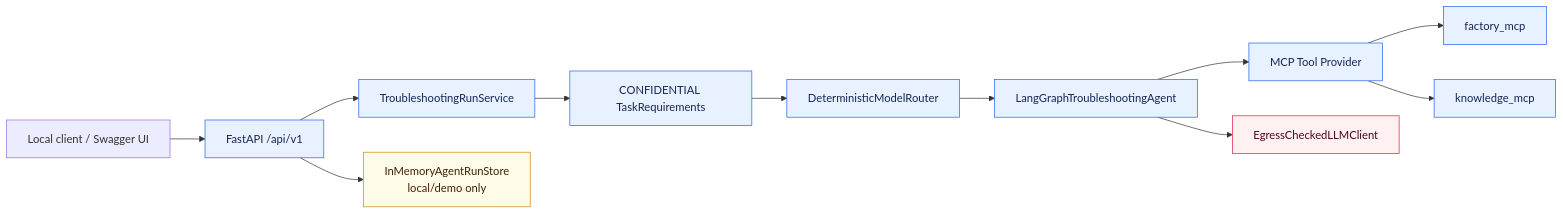
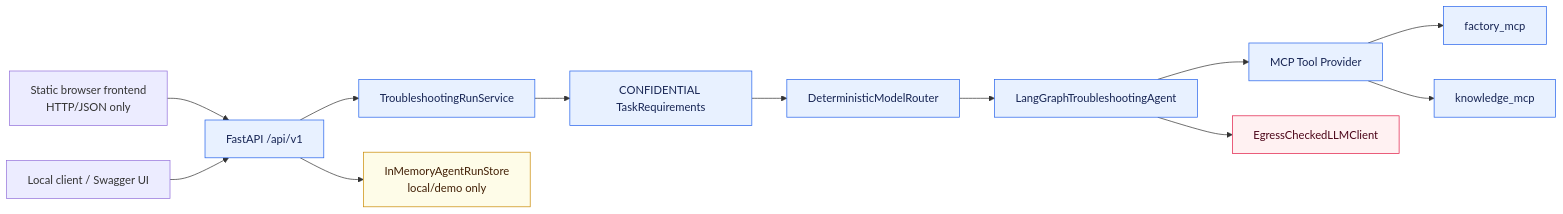
The first of 12 diagrams in docs/architecture/overview.md (aboerzel/industrial-ai-agent), drawn with Mermaid before and after one commit. The commit also changed other lines of this file and 12 other files, not shown here.

Commit message:
feat: add standalone browser client for agent API

````diff
--- a/docs/architecture/overview.md
+++ b/docs/architecture/overview.md
@@ -39,20 +42,21 @@
 ```mermaid
 flowchart LR
-    Client["Local client / Swagger UI"] --> API["FastAPI /api/v1"]
+    Browser["Static browser frontend\nHTTP/JSON only"] --> API["FastAPI /api/v1"]
+    Client["Local client / Swagger UI"] --> API
     API --> Service["TroubleshootingRunService"]
     API --> Store["InMemoryAgentRunStore\nlocal/demo only"]
     Service --> Requirements["CONFIDENTIAL TaskRequirements"]
     Requirements --> Router["DeterministicModelRouter"]
     Router --> Graph["LangGraphTroubleshootingAgent"]
     Graph --> Provider["MCP Tool Provider"]
     Provider --> Factory["factory_mcp"]
     Provider --> Knowledge["knowledge_mcp"]
     Graph --> Egress["EgressCheckedLLMClient"]
 
     classDef boundary fill:#e8f1ff,stroke:#2563eb,color:#172554
     classDef state fill:#fefce8,stroke:#ca8a04,color:#422006
     classDef security fill:#fff1f2,stroke:#e11d48,color:#4c0519
     class API,Service,Requirements,Router,Graph,Provider,Factory,Knowledge boundary
     class Store state
     class Egress security
 ```
````
